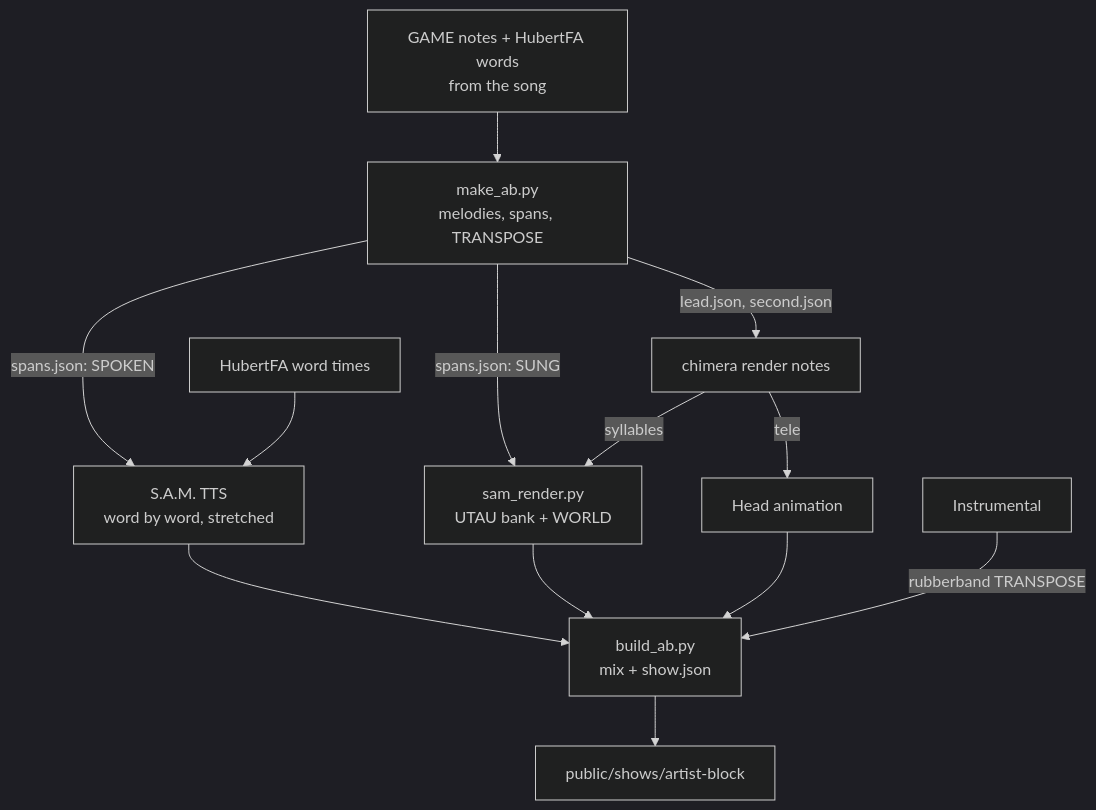
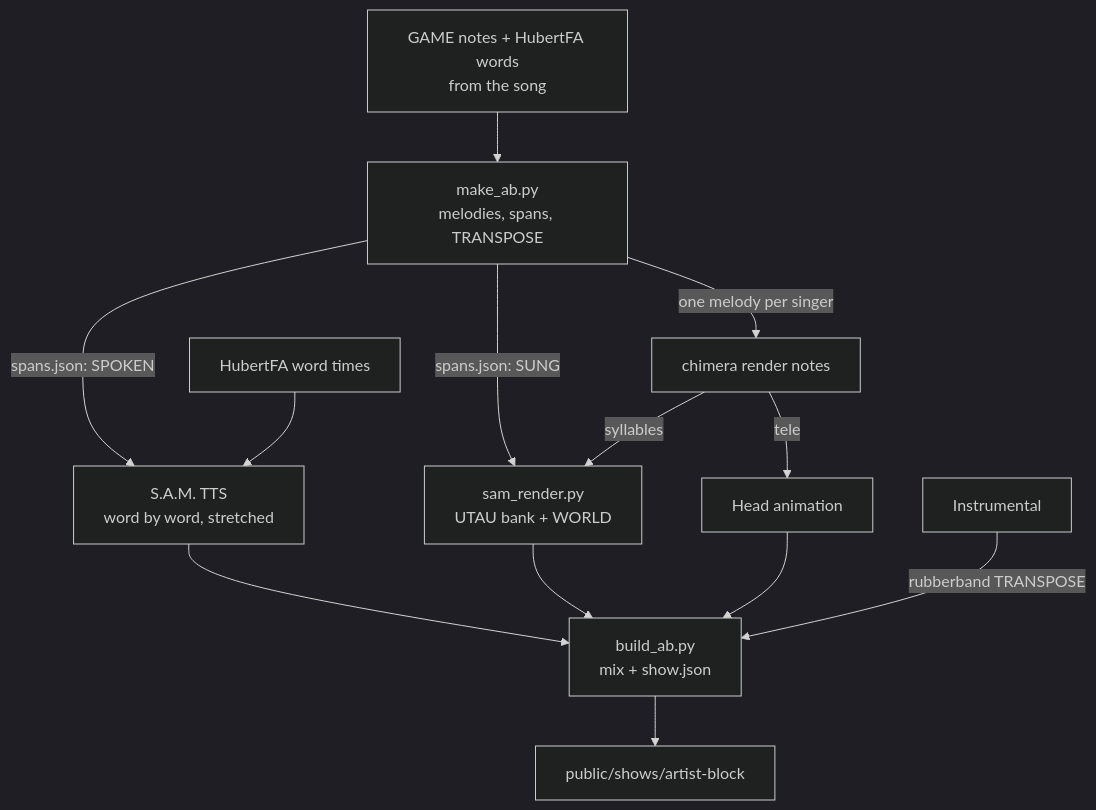
The diagram in covers/docs/sam-singing.md (verusferro/chimera-vocal-synth), drawn with Mermaid (dark theme) before and after one commit. The commit also changed other lines of this file and 6 other files, not shown here.

Commit message:
feat(covers): one head per singer, pitch and holds from the vocal stem, published lyrics rule

````diff
--- a/covers/docs/sam-singing.md
+++ b/covers/docs/sam-singing.md
@@ -75,15 +75,15 @@
 ```mermaid
 flowchart TD
     A[GAME notes + HubertFA words<br/>from the song] --> B[make_ab.py<br/>melodies, spans, TRANSPOSE]
-    B -->|lead.json, second.json| C[chimera render notes]
+    B -->|one melody per singer| C[chimera render notes]
     C -->|tele| H[Head animation]
     C -->|syllables| D[sam_render.py<br/>UTAU bank + WORLD]
     B -->|spans.json: SUNG| D
     B -->|spans.json: SPOKEN| E[S.A.M. TTS<br/>word by word, stretched]
     F[HubertFA word times] --> E
     G[Instrumental] -->|rubberband TRANSPOSE| I[build_ab.py<br/>mix + show.json]
     D --> I
     E --> I
     H --> I
     I --> S[public/shows/artist-block]
 ```
````
